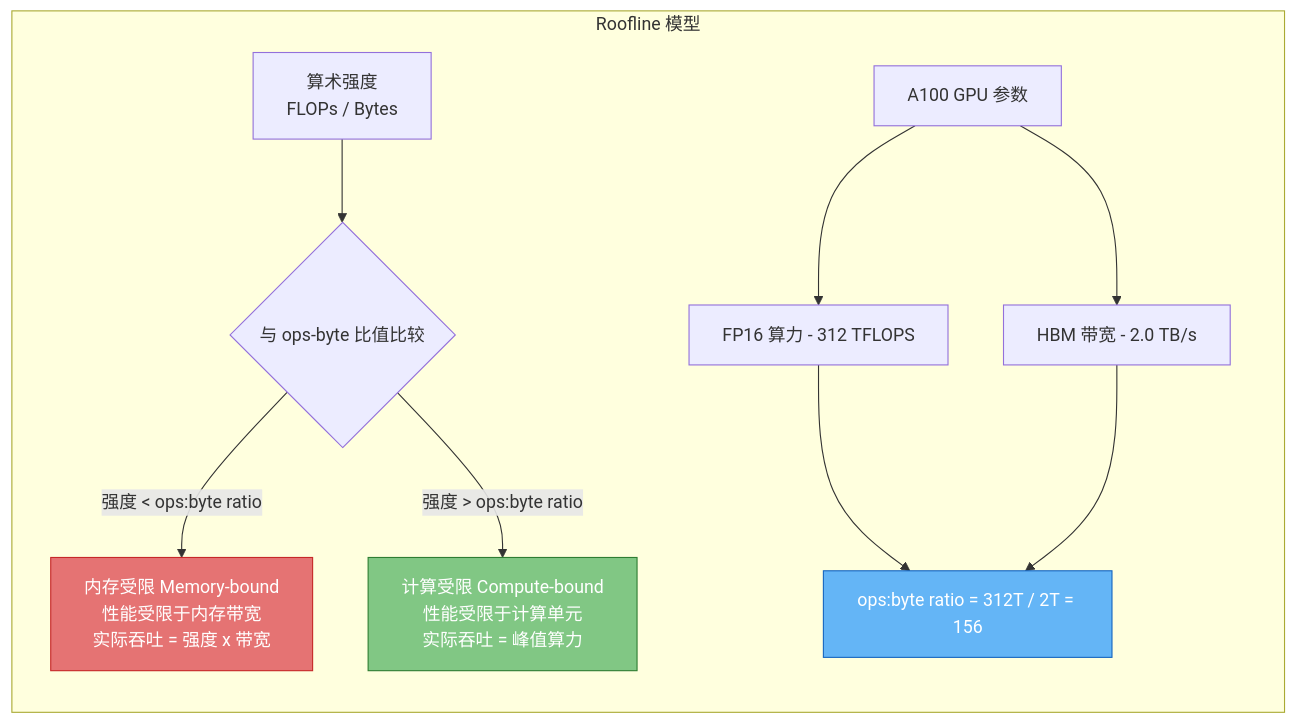
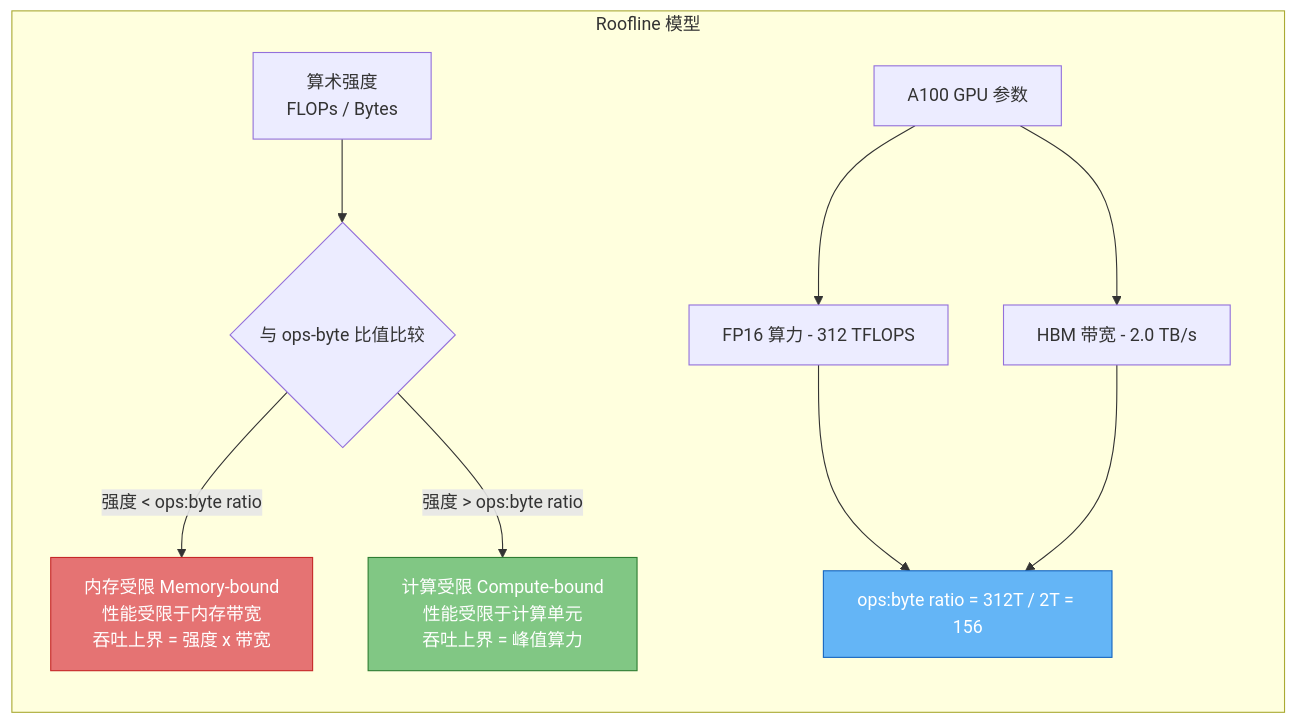
One commit to SuperMarioYL/inference-cookbook changed the second of 2 diagrams in content/flashattention/01-theory/02-io-awareness.md. Above: the diagram before and after it, drawn with Mermaid. The commit also changed other lines of this file and 424 other files, not shown here.

````diff
--- a/content/flashattention/01-theory/02-io-awareness.md
+++ b/content/flashattention/01-theory/02-io-awareness.md
@@ -94,17 +84,17 @@
 ```mermaid
 graph LR
     subgraph roofline["Roofline 模型"]
         direction TB
         A["算术强度<br/>FLOPs / Bytes"] --> B{"与 ops-byte 比值比较"}
-        B -->|"强度 < ops:byte ratio"| C["内存受限 Memory-bound<br/>性能受限于内存带宽<br/>实际吞吐 = 强度 x 带宽"]
-        B -->|"强度 > ops:byte ratio"| D["计算受限 Compute-bound<br/>性能受限于计算单元<br/>实际吞吐 = 峰值算力"]
+        B -->|"强度 < ops:byte ratio"| C["内存受限 Memory-bound<br/>性能受限于内存带宽<br/>吞吐上界 = 强度 x 带宽"]
+        B -->|"强度 > ops:byte ratio"| D["计算受限 Compute-bound<br/>性能受限于计算单元<br/>吞吐上界 = 峰值算力"]
         E["A100 GPU 参数"] --> F["FP16 算力 - 312 TFLOPS"]
         E --> G["HBM 带宽 - 2.0 TB/s"]
         F --> H["ops:byte ratio = 312T / 2T = 156"]
         G --> H
     end
 
     style C fill:#e57373,stroke:#c62828,color:#fff
     style D fill:#81c784,stroke:#2e7d32,color:#fff
     style H fill:#64b5f6,stroke:#1565c0,color:#fff
 ```
````
